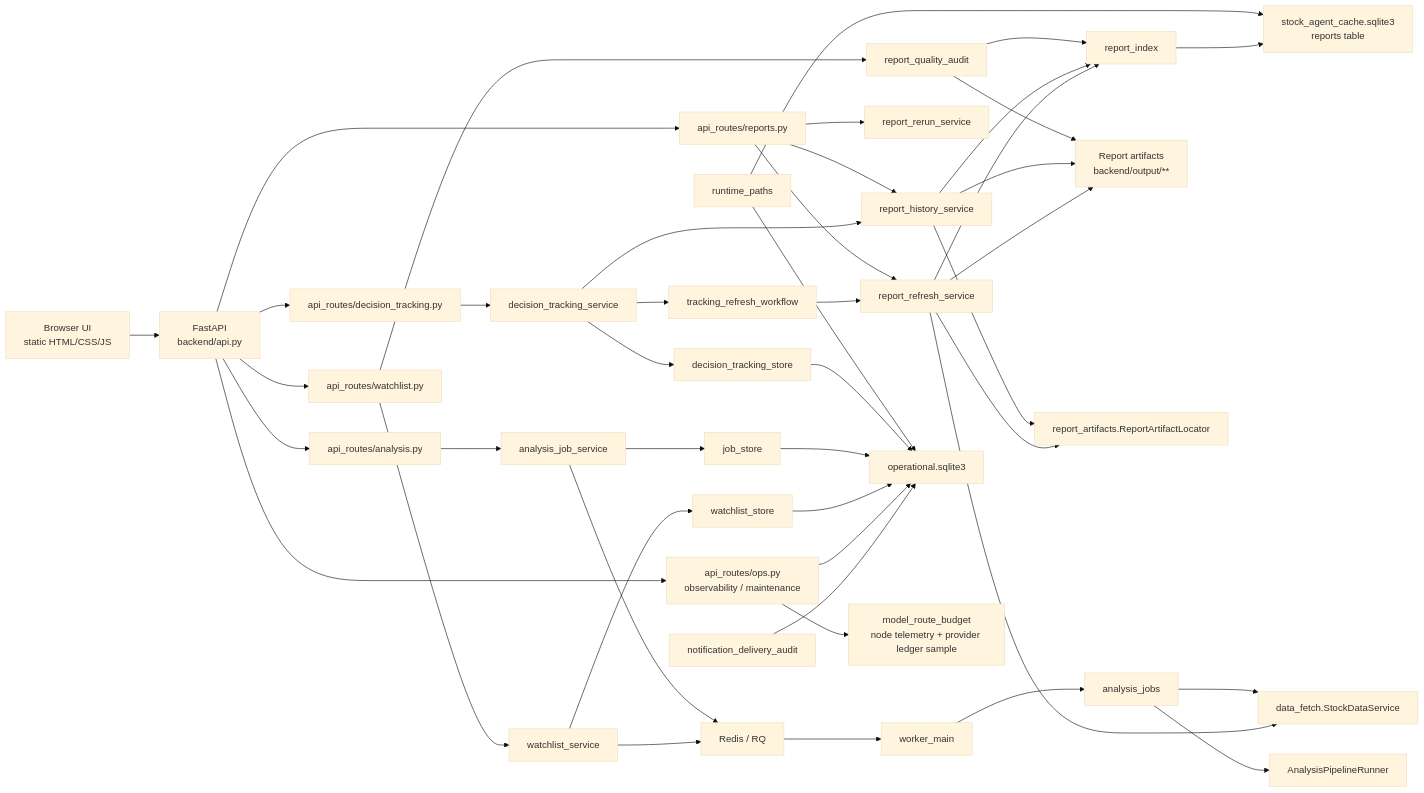
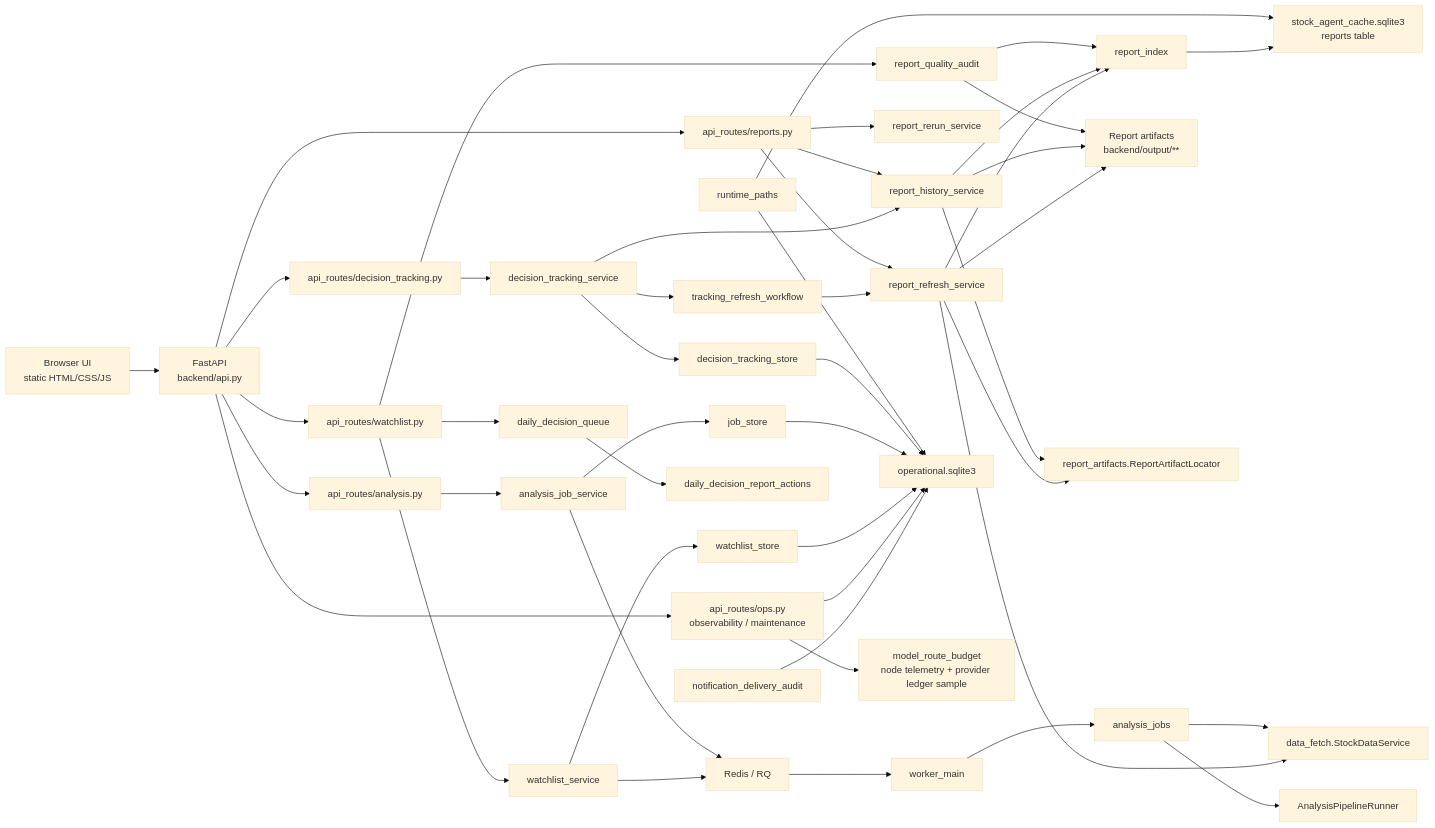
Before and after one commit to aibalbo999/unstuck: the second of 4 diagrams in docs/system-architecture-map.md, drawn with Mermaid (base theme). The commit also changed other lines of this file and 6 other files, not shown here.

Commit message:
Split report actions from daily decision queue

````diff
--- a/docs/system-architecture-map.md
+++ b/docs/system-architecture-map.md
@@ -56,52 +56,54 @@
 ```mermaid
 flowchart LR
     UI["Browser UI<br/>static HTML/CSS/JS"] --> API["FastAPI<br/>backend/api.py"]
     API --> ReportsRoute["api_routes/reports.py"]
     API --> TrackingRoute["api_routes/decision_tracking.py"]
     API --> AnalysisRoute["api_routes/analysis.py"]
     API --> WatchlistRoute["api_routes/watchlist.py"]
     API --> OpsRoute["api_routes/ops.py<br/>observability / maintenance"]
 
     ReportsRoute --> ReportHistory["report_history_service"]
     ReportsRoute --> ReportRefresh["report_refresh_service"]
     ReportsRoute --> ReportRerun["report_rerun_service"]
 
     TrackingRoute --> TrackingService["decision_tracking_service"]
     TrackingService --> TrackingWorkflow["tracking_refresh_workflow"]
     TrackingService --> TrackingStore["decision_tracking_store"]
     TrackingService --> ReportHistory
     TrackingWorkflow --> ReportRefresh
 
     AnalysisRoute --> AnalysisJobSvc["analysis_job_service"]
     AnalysisJobSvc --> JobStore["job_store"]
     AnalysisJobSvc --> Queue["Redis / RQ"]
     Queue --> Worker["worker_main"]
     Worker --> AnalysisJobs["analysis_jobs"]
     AnalysisJobs --> DataFetch["data_fetch.StockDataService"]
     AnalysisJobs --> Runner["AnalysisPipelineRunner"]
 
     WatchlistRoute --> WatchlistSvc["watchlist_service"]
     WatchlistSvc --> WatchlistStore["watchlist_store"]
     WatchlistSvc --> Queue
+    WatchlistRoute --> DailyQueue["daily_decision_queue"]
+    DailyQueue --> ReportActions["daily_decision_report_actions"]
     WatchlistRoute --> QualityAudit["report_quality_audit"]
     QualityAudit --> ReportIndex
     QualityAudit --> Artifacts
 
     ReportHistory --> ArtifactLocator["report_artifacts.ReportArtifactLocator"]
     ReportHistory --> ReportIndex["report_index"]
     ReportHistory --> Artifacts["Report artifacts<br/>backend/output/**"]
     ReportRefresh --> ArtifactLocator
     ReportRefresh --> DataFetch
     ReportRefresh --> ReportIndex
     ReportRefresh --> Artifacts
 
     RuntimePaths["runtime_paths"] --> CacheDB
     RuntimePaths --> OpDB
     ReportIndex --> CacheDB["stock_agent_cache.sqlite3<br/>reports table"]
     TrackingStore --> OpDB["operational.sqlite3"]
     JobStore --> OpDB
     WatchlistStore --> OpDB
     OpsRoute --> OpDB
     OpsRoute --> RouteBudget["model_route_budget<br/>node telemetry + provider ledger sample"]
     NotificationAudit["notification_delivery_audit"] --> OpDB
 ```
````
